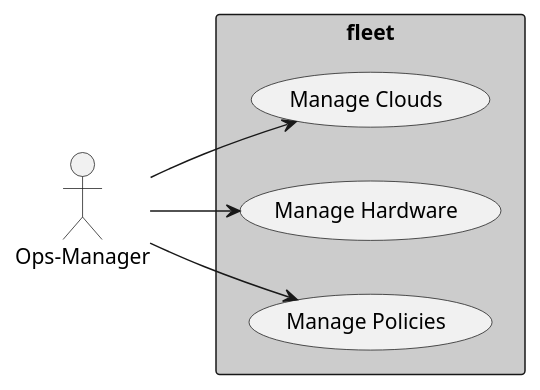
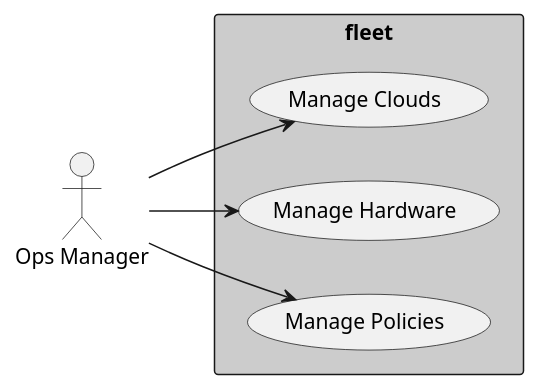
One commit to CAADE/fleet changed the diagram in docs/Actors/Ops-Manager/UseCases.puml. Above: the diagram before and after it, drawn with PlantUML. The commit also changed 8 other files, not shown here.

```diff
--- a/docs/Actors/Ops-Manager/UseCases.puml
+++ b/docs/Actors/Ops-Manager/UseCases.puml
@@ -1,17 +1,17 @@
 @startuml
 
 left to right direction
 
-:Ops-Manager: as Actor
+:Ops Manager: as Actor
 
 rectangle "fleet" #cccccc {
     (Manage Clouds) as U1
     (Manage Hardware) as U2
     (Manage Policies) as U3
 }
 
 Actor --> U1
 Actor --> U2
 Actor --> U3
 
 @enduml
```
